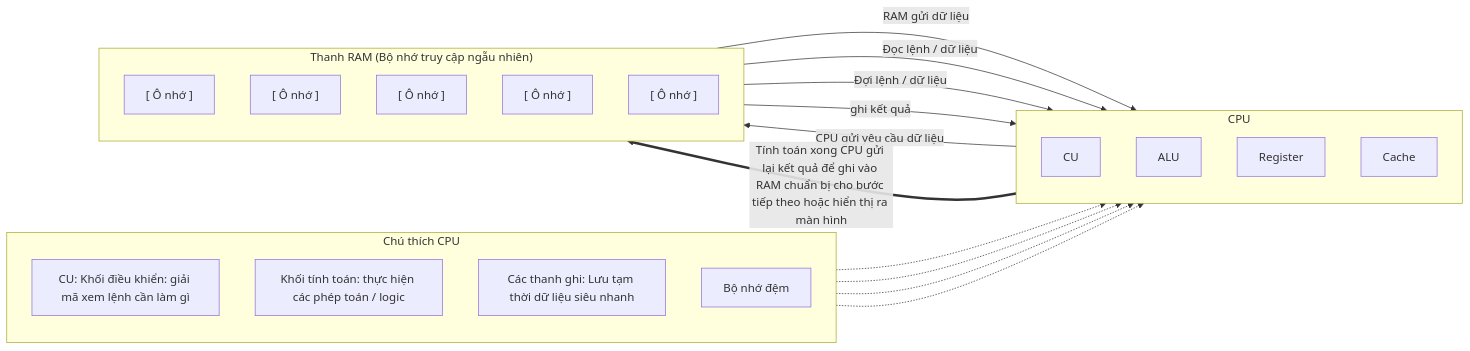
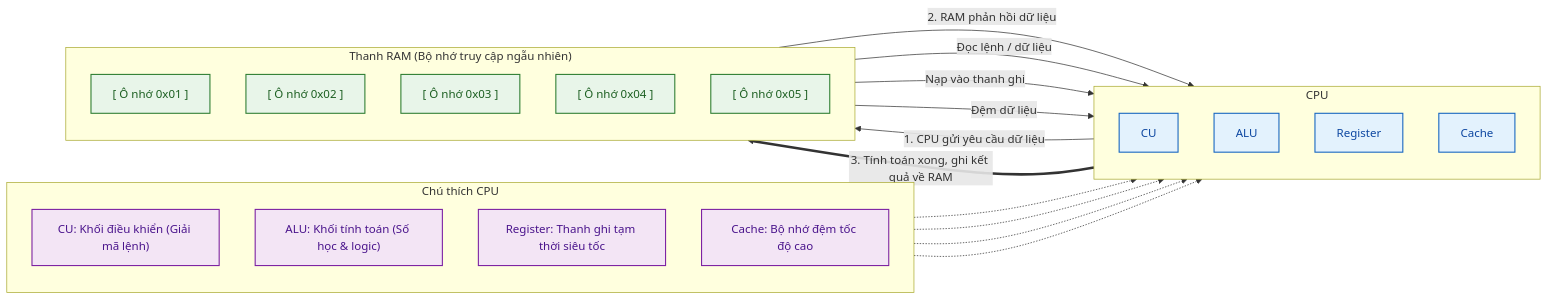
One commit to Duc-Lee/LLMserving_GPUoptimization changed the second of 2 diagrams in OperatingSystem/OS_scratch/Concepts_OS/Intro_OS/Lession1.md. Above: the diagram before and after it, drawn with Mermaid. The commit also changed other lines of this file and 2 other files, not shown here.

````diff
--- a/OperatingSystem/OS_scratch/Concepts_OS/Intro_OS/Lession1.md
+++ b/OperatingSystem/OS_scratch/Concepts_OS/Intro_OS/Lession1.md
@@ -70,40 +59,44 @@
 ```mermaid
 flowchart LR
+    classDef noteStyle fill:#f3e5f5,stroke:#7b1fa2,stroke-width:1.5px,color:#4a148c;
+    classDef cpuStyle fill:#e3f2fd,stroke:#1565c0,stroke-width:1.5px,color:#0d47a1;
+    classDef ramSlot fill:#e8f5e9,stroke:#2e7d32,stroke-width:1.5px,color:#1b5e20;
+
     subgraph Ghi_chu_CPU ["Chú thích CPU"]
         direction TB
-        C1["CU: Khối điều khiển: giải mã xem lệnh cần làm gì"]
-        C2["Khối tính toán: thực hiện các phép toán / logic"]
-        C3["Các thanh ghi: Lưu tạm thời dữ liệu siêu nhanh"]
-        C4["Bộ nhớ đệm"]
+        C1["CU: Khối điều khiển (Giải mã lệnh)"]:::noteStyle
+        C2["ALU: Khối tính toán (Số học & logic)"]:::noteStyle
+        C3["Register: Thanh ghi tạm thời siêu tốc"]:::noteStyle
+        C4["Cache: Bộ nhớ đệm tốc độ cao"]:::noteStyle
     end
 
     subgraph CPU ["CPU"]
         direction TB
-        CU["CU"]
-        ALU["ALU"]
-        REG["Register"]
-        CACHE["Cache"]
+        CU["CU"]:::cpuStyle
+        ALU["ALU"]:::cpuStyle
+        REG["Register"]:::cpuStyle
+        CACHE["Cache"]:::cpuStyle
     end
 
     C1 -.-> CU
     C2 -.-> ALU
     C3 -.-> REG
     C4 -.-> CACHE
 
     subgraph RAM_STICK ["Thanh RAM (Bộ nhớ truy cập ngẫu nhiên)"]
         direction TB
-        R1["[ Ô nhớ ]"]
-        R2["[ Ô nhớ ]"]
-        R3["[ Ô nhớ ]"]
-        R4["[ Ô nhớ ]"]
-        R5["[ Ô nhớ ]"]
+        R1["[ Ô nhớ 0x01 ]"]:::ramSlot
+        R2["[ Ô nhớ 0x02 ]"]:::ramSlot
+        R3["[ Ô nhớ 0x03 ]"]:::ramSlot
+        R4["[ Ô nhớ 0x04 ]"]:::ramSlot
+        R5["[ Ô nhớ 0x05 ]"]:::ramSlot
     end
 
-    CU -- "CPU gửi yêu cầu dữ liệu" --> RAM_STICK
-    RAM_STICK -- "RAM gửi dữ liệu" --> CU
+    CU -- "1. CPU gửi yêu cầu dữ liệu" --> RAM_STICK
+    RAM_STICK -- "2. RAM phản hồi dữ liệu" --> CU
     RAM_STICK -- "Đọc lệnh / dữ liệu" --> ALU
-    RAM_STICK -- "Đợi lệnh / dữ liệu" --> REG
-    RAM_STICK -- "ghi kết quả" --> CACHE
+    RAM_STICK -- "Nạp vào thanh ghi" --> REG
+    RAM_STICK -- "Đệm dữ liệu" --> CACHE
 
-    CPU ==>|"Tính toán xong CPU gửi lại kết quả để ghi vào RAM chuẩn bị cho bước tiếp theo hoặc hiển thị ra màn hình"| RAM_STICK
+    CPU ==>|"3. Tính toán xong, ghi kết quả về RAM"| RAM_STICK
 ```
````
